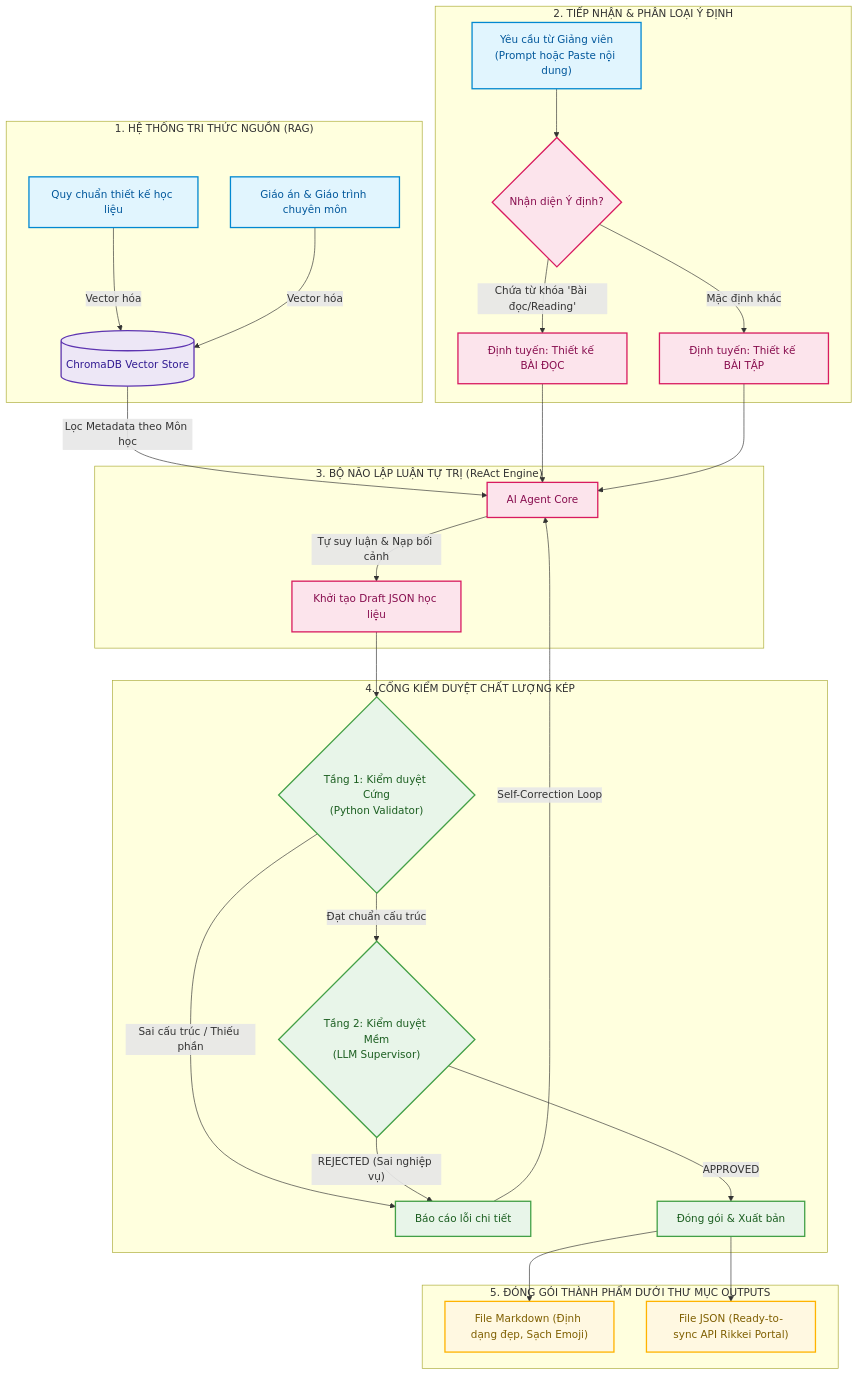
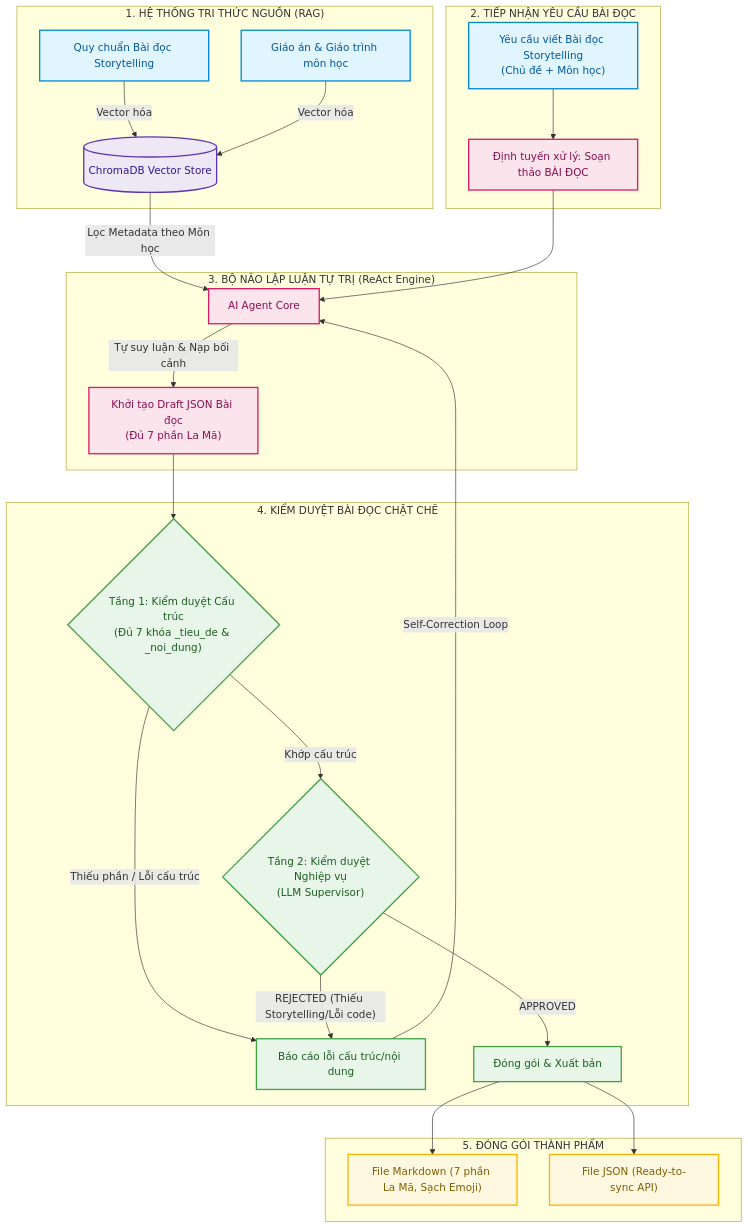
One commit to Nguyenluu2805/AI_Agent changed the diagram in README.md. Above: the diagram before and after it, drawn with Mermaid.

Commit message:
Update README Mermaid flowchart to focus exclusively on the Reading storytelling execution flow

````diff
--- a/README.md
+++ b/README.md
@@ -28,53 +28,51 @@
 ```mermaid
 flowchart TD
     %% Khai báo các Style chính
     classDef source fill:#e1f5fe,stroke:#0288d1,stroke-width:2px,color:#01579b;
     classDef agent fill:#fce4ec,stroke:#d81b60,stroke-width:2px,color:#880e4f;
     classDef check fill:#e8f5e9,stroke:#43a047,stroke-width:2px,color:#1b5e20;
     classDef output fill:#fff8e1,stroke:#ffb300,stroke-width:2px,color:#7f5f00;
     classDef database fill:#ede7f6,stroke:#5e35b1,stroke-width:2px,color:#311b92;
 
     %% 1. Nguồn Tri Thức & RAG
     subgraph S1["1. HỆ THỐNG TRI THỨC NGUỒN (RAG)"]
-        A["Quy chuẩn thiết kế học liệu"]:::source
-        B["Giáo án & Giáo trình chuyên môn"]:::source
+        A["Quy chuẩn Bài đọc Storytelling"]:::source
+        B["Giáo án & Giáo trình môn học"]:::source
         A & B -->|Vector hóa| C[(ChromaDB Vector Store)]:::database
     end
 
-    %% 2. Tiếp nhận & Định tuyến ý định
-    subgraph S2["2. TIẾP NHẬN & PHÂN LOẠI Ý ĐỊNH"]
-        D["Yêu cầu từ Giảng viên\n(Prompt hoặc Paste nội dung)"]:::source
-        D --> E{Nhận diện Ý định?}:::agent
-        E -->|"Chứa từ khóa 'Bài đọc/Reading'"| F["Định tuyến: Thiết kế BÀI ĐỌC"]:::agent
-        E -->|Mặc định khác| G["Định tuyến: Thiết kế BÀI TẬP"]:::agent
+    %% 2. Tiếp nhận Yêu cầu
+    subgraph S2["2. TIẾP NHẬN YÊU CẦU BÀI ĐỌC"]
+        D["Yêu cầu viết Bài đọc Storytelling\n(Chủ đề + Môn học)"]:::source
+        D --> E["Định tuyến xử lý: Soạn thảo BÀI ĐỌC"]:::agent
     end
 
     %% 3. Bộ Não Xử Lý AI Agent
     subgraph S3["3. BỘ NÃO LẬP LUẬN TỰ TRỊ (ReAct Engine)"]
         C -->|Lọc Metadata theo Môn học| H["AI Agent Core"]:::agent
-        F & G --> H
-        H -->|Tự suy luận & Nạp bối cảnh| I["Khởi tạo Draft JSON học liệu"]:::agent
+        E --> H
+        H -->|Tự suy luận & Nạp bối cảnh| I["Khởi tạo Draft JSON Bài đọc\n(Đủ 7 phần La Mã)"]:::agent
     end
 
-    %% 4. Cổng Kiểm Duyệt Kép & Tự Sửa Sai
-    subgraph S4["4. CỔNG KIỂM DUYỆT CHẤT LƯỢNG KÉP"]
-        I --> J{"Tầng 1: Kiểm duyệt Cứng\n(Python Validator)"}:::check
+    %% 4. Kiểm Duyệt Bài Đọc & Tự Sửa Sai
+    subgraph S4["4. KIỂM DUYỆT BÀI ĐỌC CHẶT CHẼ"]
+        I --> J{"Tầng 1: Kiểm duyệt Cấu trúc\n(Đủ 7 khóa _tieu_de & _noi_dung)"}:::check
         
-        %% Check Bài tập / Bài đọc
-        J -->|Đạt chuẩn cấu trúc| K{"Tầng 2: Kiểm duyệt Mềm\n(LLM Supervisor)"}:::check
+        %% Check Bài đọc
+        J -->|Khớp cấu trúc| K{"Tầng 2: Kiểm duyệt Nghiệp vụ\n(LLM Supervisor)"}:::check
         
         %% Luồng từ chối
-        J -->|Sai cấu trúc / Thiếu phần| L["Báo cáo lỗi chi tiết"]:::check
-        K -->|"REJECTED (Sai nghiệp vụ)"| L
+        J -->|Thiếu phần / Lỗi cấu trúc| L["Báo cáo lỗi cấu trúc/nội dung"]:::check
+        K -->|"REJECTED (Thiếu Storytelling/Lỗi code)"| L
         L -->|Self-Correction Loop| H
         
         %% Phê duyệt
         K -->|APPROVED| M["Đóng gói & Xuất bản"]:::check
     end
 
     %% 5. Thành phẩm
-    subgraph S5["5. ĐÓNG GÓI THÀNH PHẨM DƯỚI THƯ MỤC OUTPUTS"]
-        M --> N["File Markdown (Định dạng đẹp, Sạch Emoji)"]:::output
-        M --> O["File JSON (Ready-to-sync API Rikkei Portal)"]:::output
+    subgraph S5["5. ĐÓNG GÓI THÀNH PHẨM"]
+        M --> N["File Markdown (7 phần La Mã, Sạch Emoji)"]:::output
+        M --> O["File JSON (Ready-to-sync API)"]:::output
     end
 ```
````
